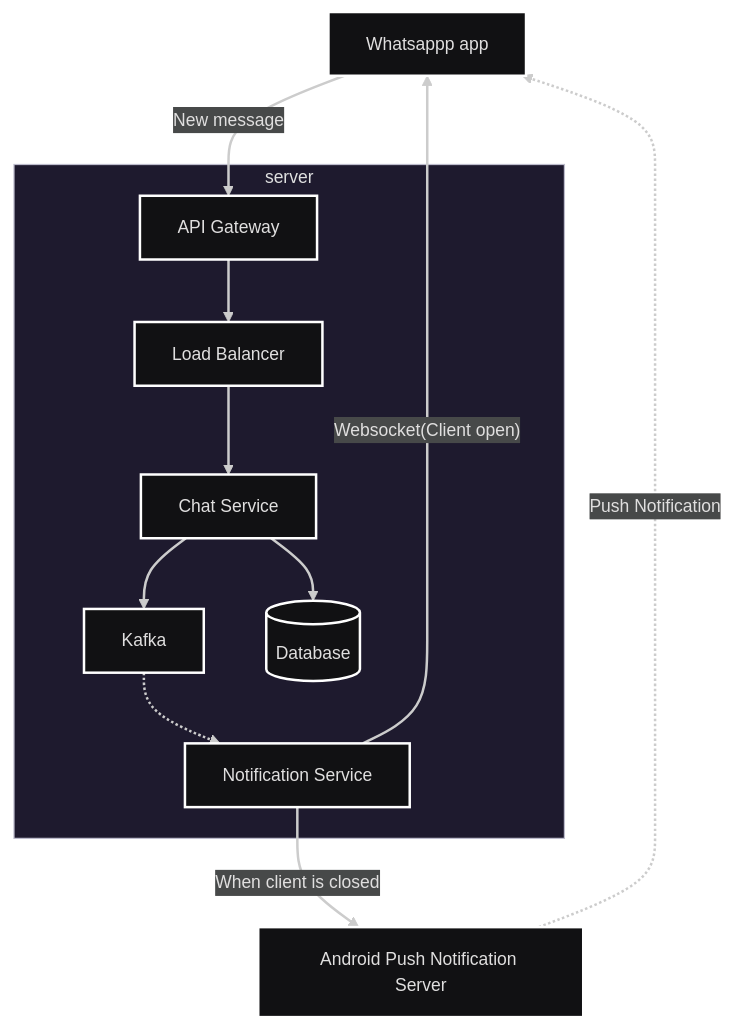
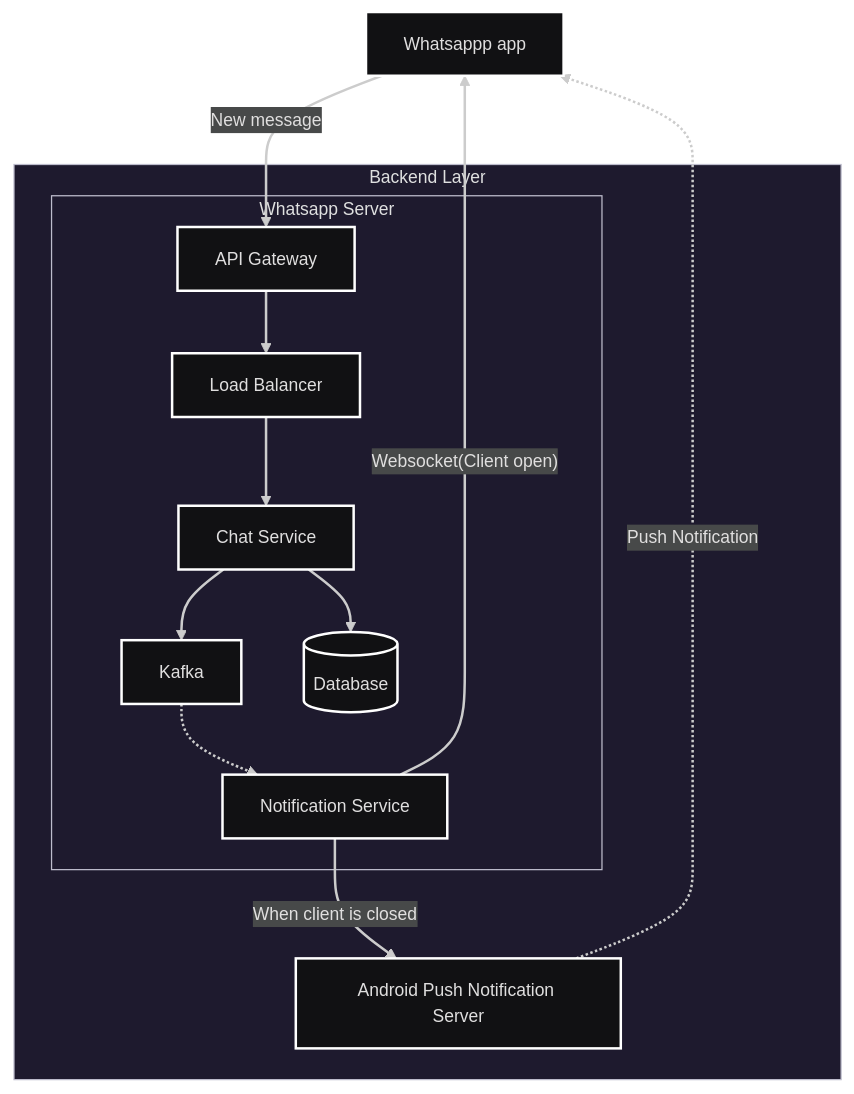
One commit to subhadig/architecture-practice changed the diagram in system-designs/whatsapp/diagram-flowchart.mermaid. Above: the diagram before and after it, drawn with Mermaid. The commit also changed 1 other file, not shown here.

Commit message:
Updated design diagram

```diff
--- a/system-designs/whatsapp/diagram-flowchart.mermaid
+++ b/system-designs/whatsapp/diagram-flowchart.mermaid
@@ -1,25 +1,27 @@
 ---
 config:
   theme: redux-dark-color
 ---
 flowchart TB
     client["Whatsappp app"]
-    subgraph server
-        apigateway["API Gateway"]
-        loadbalancer["Load Balancer"]
-        chatservice["Chat Service"]
-        kafka["Kafka"]
-        database[("Database")]
-        notficationservice["Notification Service"]
+    subgraph Backend Layer
+        subgraph Whatsapp Server
+            apigateway["API Gateway"]
+            loadbalancer["Load Balancer"]
+            chatservice["Chat Service"]
+            kafka["Kafka"]
+            database[("Database")]
+            notficationservice["Notification Service"]
+        end
+        pushserver["Android Push Notification Server"]
     end
-    pushserver["Android Push Notification Server"]
     
-    pushserver-. Push Notification .->client
     client-- New message -->apigateway
     notficationservice-- Websocket(Client open) -->client
-
+    
     apigateway-->loadbalancer-->chatservice
     chatservice-->kafka & database
     kafka-.->notficationservice
     
     notficationservice-- When client is closed -->pushserver
+    pushserver-. Push Notification .->client
```
